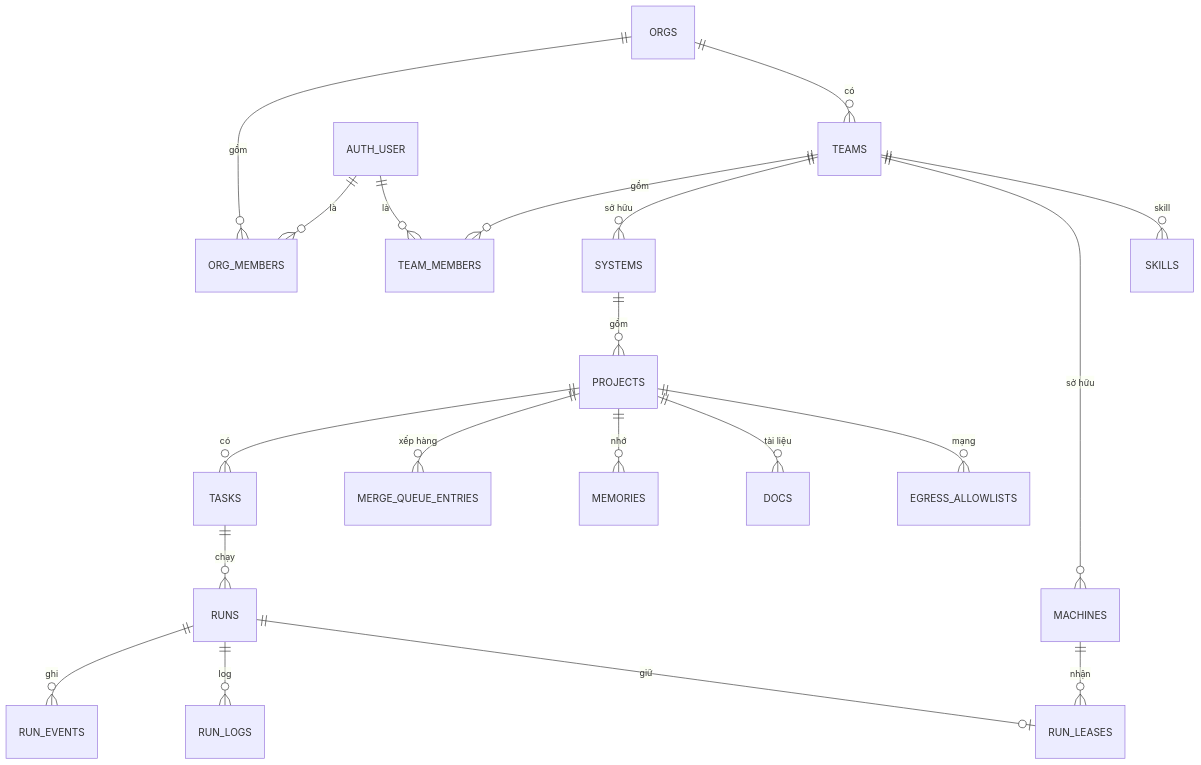
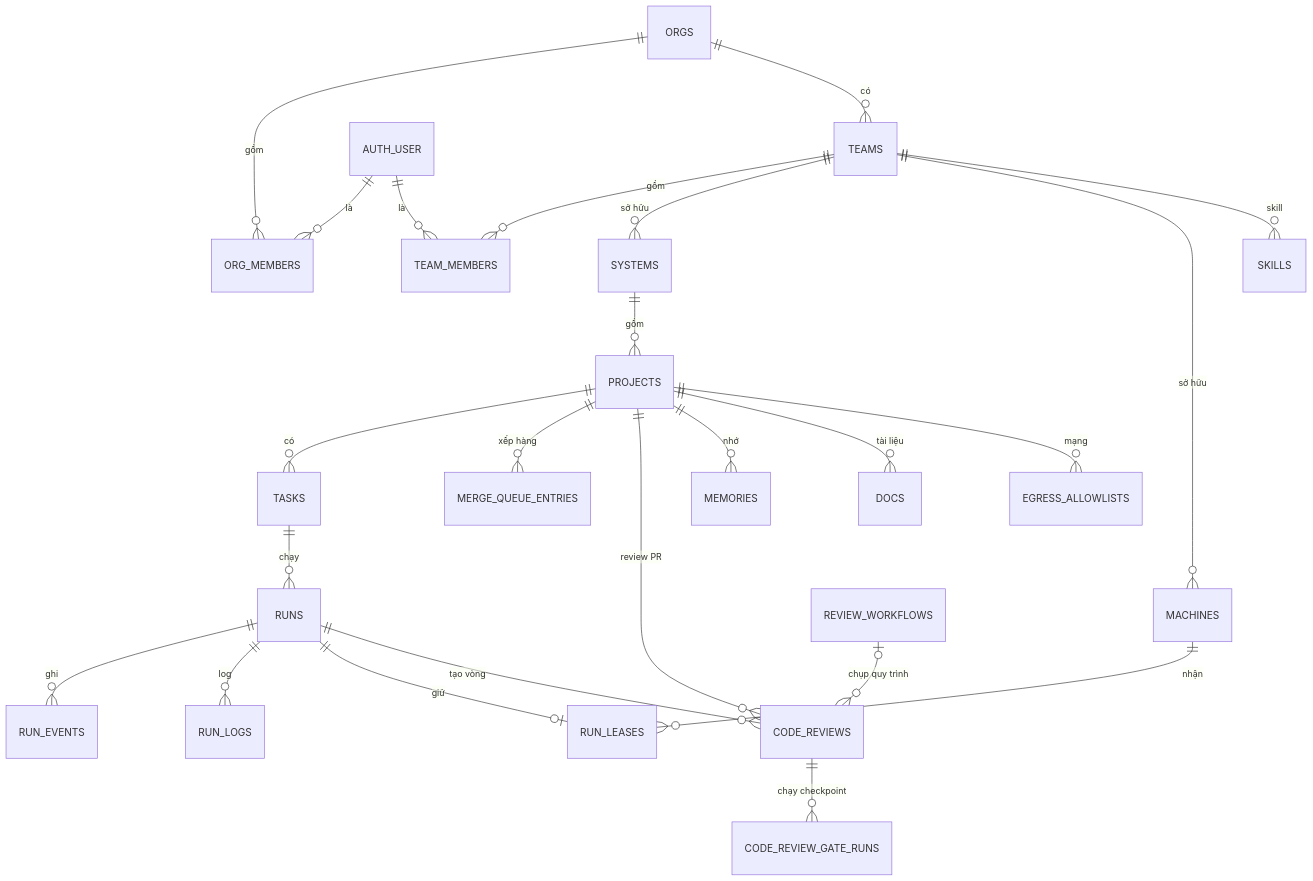
One commit to tdduydev/xdev-hive changed the second of 4 diagrams in docs/architecture.md. Above: the diagram before and after it, drawn with Mermaid. The commit also changed other lines of this file and 4 other files, not shown here.

Commit message:
docs(hub): document code review workflows and pending integration

````diff
--- a/docs/architecture.md
+++ b/docs/architecture.md
@@ -93,22 +98,26 @@
 ```mermaid
 erDiagram
   ORGS ||--o{ ORG_MEMBERS : "gồm"
   ORGS ||--o{ TEAMS : "có"
   TEAMS ||--o{ TEAM_MEMBERS : "gồm"
   AUTH_USER ||--o{ ORG_MEMBERS : "là"
   AUTH_USER ||--o{ TEAM_MEMBERS : "là"
   TEAMS ||--o{ SYSTEMS : "sở hữu"
   SYSTEMS ||--o{ PROJECTS : "gồm"
   PROJECTS ||--o{ TASKS : "có"
   TASKS ||--o{ RUNS : "chạy"
   RUNS ||--o{ RUN_EVENTS : "ghi"
   RUNS ||--o{ RUN_LOGS : "log"
   RUNS ||--o| RUN_LEASES : "giữ"
   MACHINES ||--o{ RUN_LEASES : "nhận"
   TEAMS ||--o{ MACHINES : "sở hữu"
   PROJECTS ||--o{ MERGE_QUEUE_ENTRIES : "xếp hàng"
+  PROJECTS ||--o{ CODE_REVIEWS : "review PR"
+  RUNS ||--o{ CODE_REVIEWS : "tạo vòng"
+  REVIEW_WORKFLOWS |o--o{ CODE_REVIEWS : "chụp quy trình"
+  CODE_REVIEWS ||--o{ CODE_REVIEW_GATE_RUNS : "chạy checkpoint"
   PROJECTS ||--o{ MEMORIES : "nhớ"
   PROJECTS ||--o{ DOCS : "tài liệu"
   TEAMS ||--o{ SKILLS : "skill"
   PROJECTS ||--o{ EGRESS_ALLOWLISTS : "mạng"
 ```
````
